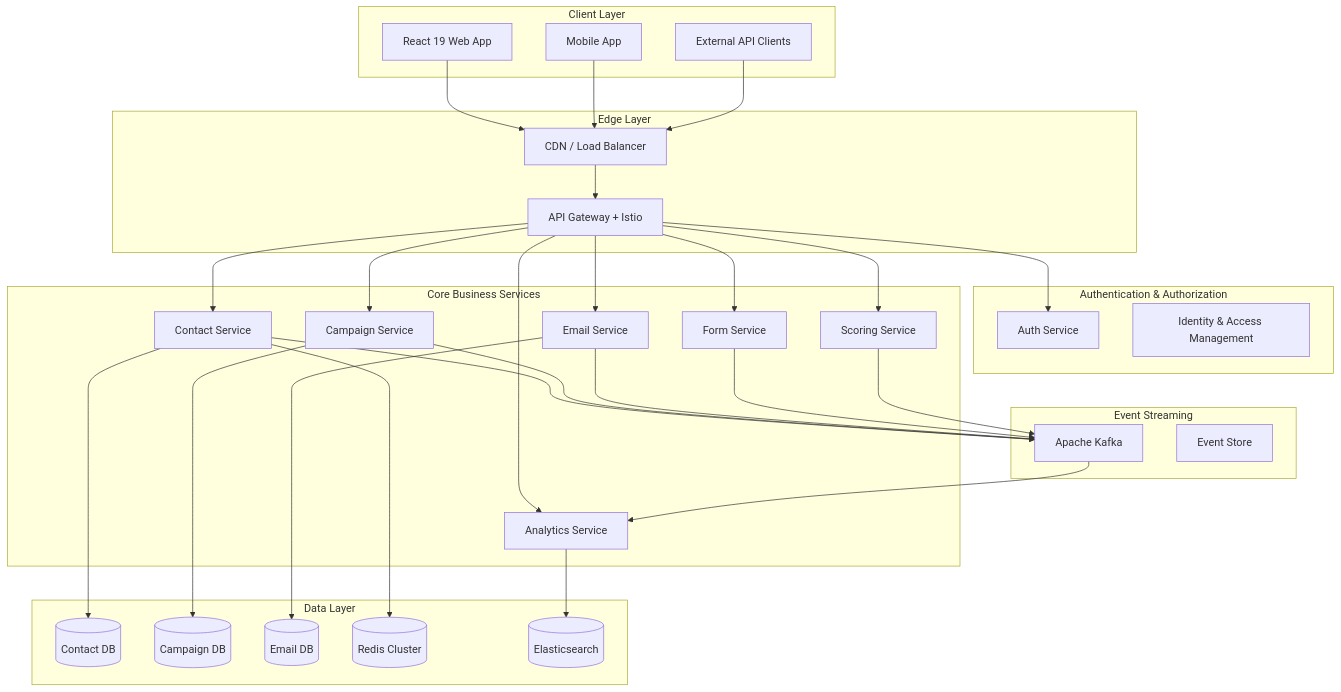
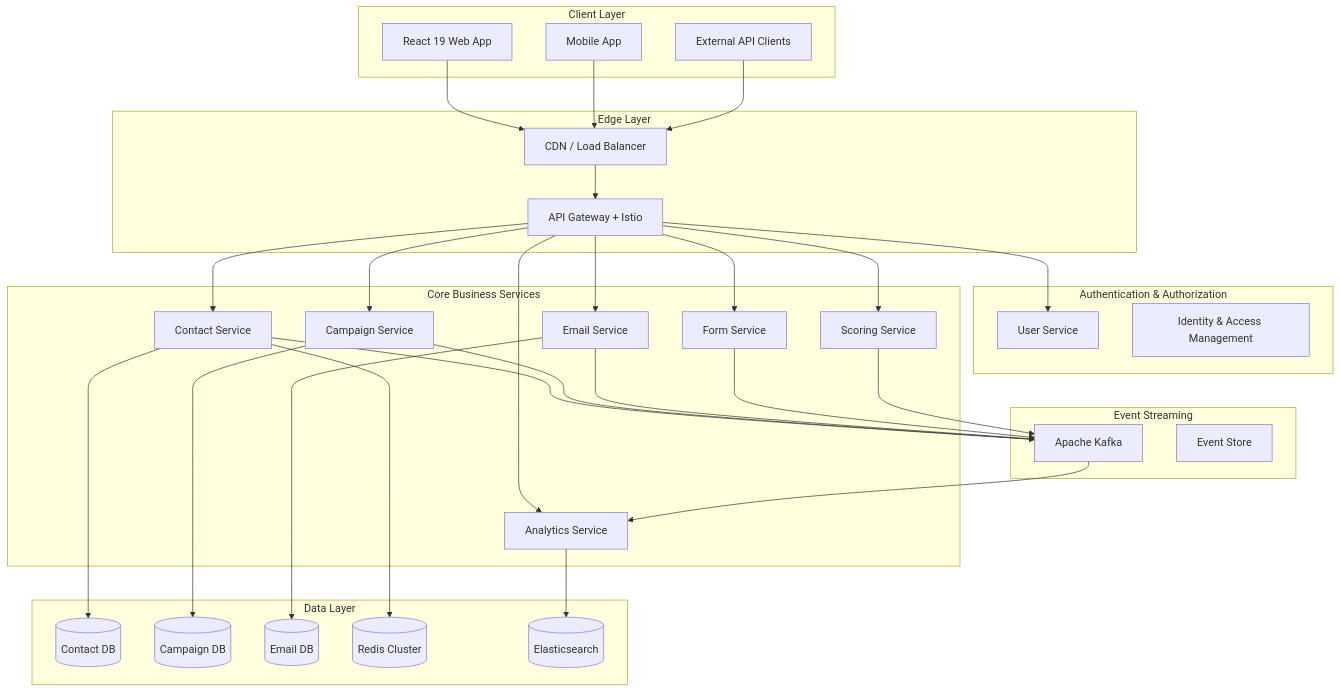
Before and after one commit to GripDay/gripday-docs: the first of 2 diagrams in docs/architecture/system-design.md, drawn with Mermaid. The commit also changed other lines of this file and 12 other files, not shown here.

Commit message:
refactor: auth service becomes user service

````diff
--- a/docs/architecture/system-design.md
+++ b/docs/architecture/system-design.md
@@ -26,74 +26,74 @@
 ```mermaid
 graph TB
     subgraph "Client Layer"
         WebApp[React 19 Web App]
         MobileApp[Mobile App]
         API[External API Clients]
     end
 
     subgraph "Edge Layer"
         CDN[CDN / Load Balancer]
         Gateway[API Gateway + Istio]
     end
 
     subgraph "Authentication & Authorization"
-        AuthService[Auth Service]
+        UserService[User Service]
         IAM[Identity & Access Management]
     end
 
     subgraph "Core Business Services"
         ContactMS[Contact Service]
         CampaignMS[Campaign Service]
         EmailMS[Email Service]
         FormMS[Form Service]
         ScoringMS[Scoring Service]
         AnalyticsMS[Analytics Service]
     end
 
     subgraph "Event Streaming"
         EventBus[Apache Kafka]
         EventStore[Event Store]
     end
 
     subgraph "Data Layer"
         ContactDB[(Contact DB)]
         CampaignDB[(Campaign DB)]
         EmailDB[(Email DB)]
         SharedCache[(Redis Cluster)]
         SearchCluster[(Elasticsearch)]
     end
 
     %% Client connections
     WebApp --> CDN
     MobileApp --> CDN
     API --> CDN
 
     %% Edge routing
     CDN --> Gateway
-    Gateway --> AuthService
+    Gateway --> UserService
 
     %% Service connections
     Gateway --> ContactMS
     Gateway --> CampaignMS
     Gateway --> EmailMS
     Gateway --> FormMS
     Gateway --> ScoringMS
     Gateway --> AnalyticsMS
 
     %% Event-driven communication
     ContactMS --> EventBus
     CampaignMS --> EventBus
     EmailMS --> EventBus
     FormMS --> EventBus
     ScoringMS --> EventBus
 
     EventBus --> AnalyticsMS
 
     %% Data connections
     ContactMS --> ContactDB
     CampaignMS --> CampaignDB
     EmailMS --> EmailDB
 
     ContactMS --> SharedCache
     AnalyticsMS --> SearchCluster
 ```
````
